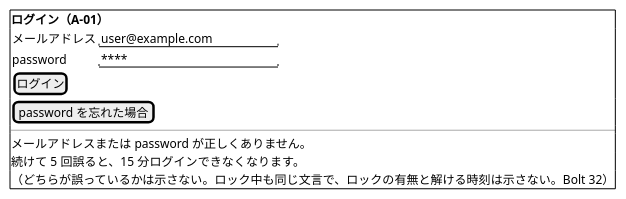
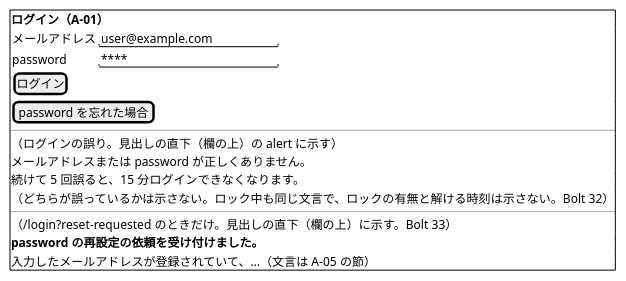
One commit to k2works/practical-domain-driven-design-in-enterpris-application changed the eighth of 27 diagrams in docs/design/cargo-tracker/ui_design.md. Above: the diagram before and after it, drawn with PlantUML. The commit also changed other lines of this file and 46 other files, not shown here.

````diff
--- a/docs/design/cargo-tracker/ui_design.md
+++ b/docs/design/cargo-tracker/ui_design.md
@@ -492,17 +493,22 @@
 ```plantuml
 @startsalt
 {+
   <b>ログイン（A-01）
   {
     メールアドレス | "user@example.com      "
     password       | "****                  "
     [ ログイン ]
   }
   [ password を忘れた場合 ]
   ---
+  （ログインの誤り。見出しの直下（欄の上）の alert に示す）
   メールアドレスまたは password が正しくありません。
   続けて 5 回誤ると、15 分ログインできなくなります。
   （どちらが誤っているかは示さない。ロック中も同じ文言で、ロックの有無と解ける時刻は示さない。Bolt 32）
+  ---
+  （/login?reset-requested のときだけ。見出しの直下（欄の上）に示す。Bolt 33）
+  <b>password の再設定の依頼を受け付けました。
+  入力したメールアドレスが登録されていて、…（文言は A-05 の節）
 }
 @endsalt
 ```
````
